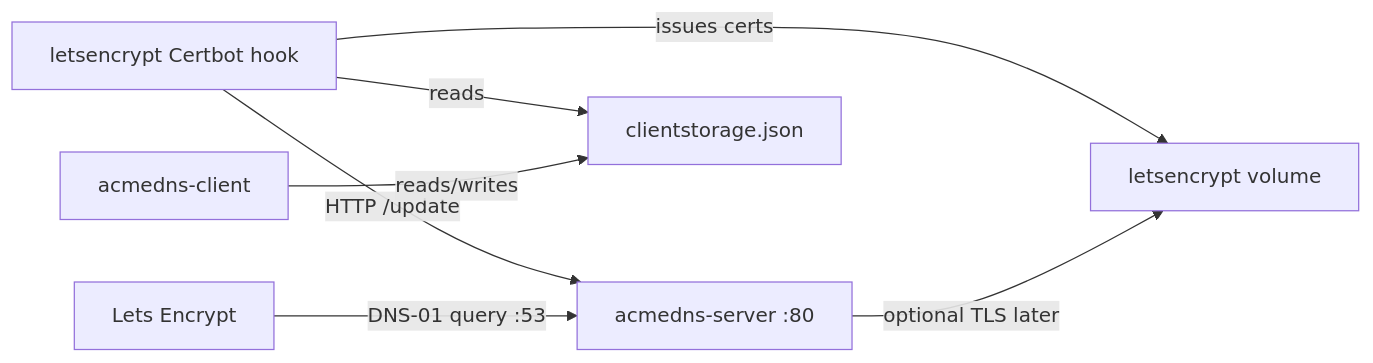
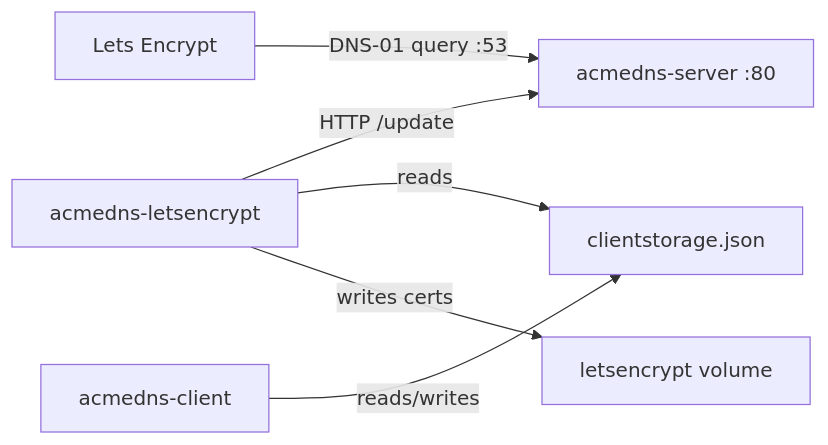
Before and after one commit to HariantoAtWork/dns01-proxy: the diagram in README.md, drawn with Mermaid. The commit also changed other lines of this file and 1 other file, not shown here.

````diff
--- a/README.md
+++ b/README.md
@@ -17,9 +11,8 @@
 ```mermaid
 flowchart LR
-  LE[letsencrypt Certbot hook] -->|HTTP /update| API[acmedns-server :80]
+  LE[acmedns-letsencrypt] -->|HTTP /update| API[acmedns-server :80]
   LE -->|reads| CS[clientstorage.json]
   UI[acmedns-client] -->|reads/writes| CS
   PubDNS[Lets Encrypt] -->|DNS-01 query :53| API
-  LE -->|issues certs| Certs[letsencrypt volume]
-  API -->|optional TLS later| Certs
+  LE -->|writes certs| Certs[letsencrypt volume]
 ```
````
